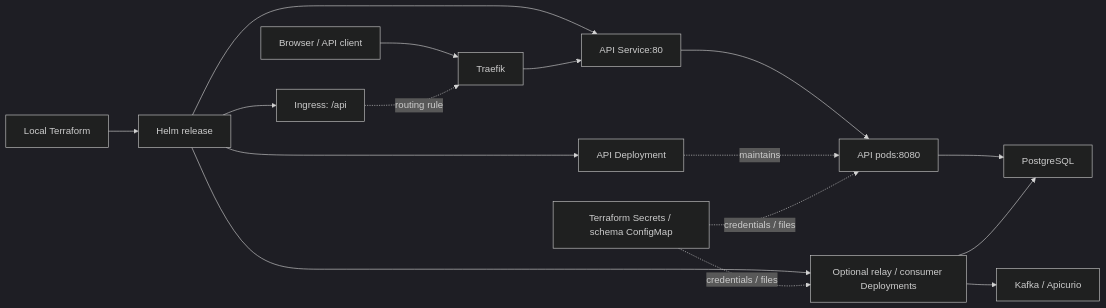
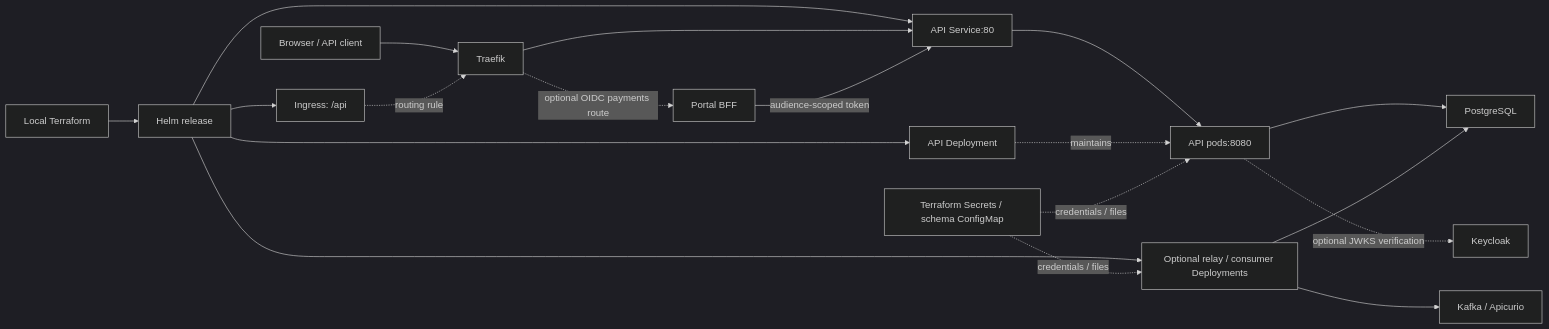
Before and after one commit to varunpathania86/realtime-payment-platform: the second of 2 diagrams in modules/payment-api/chart/README.md, drawn with Mermaid (dark theme). The commit also changed other lines of this file and 198 other files, not shown here.

````diff
--- a/modules/payment-api/chart/README.md
+++ b/modules/payment-api/chart/README.md
@@ -47,17 +47,20 @@
 ```mermaid
 flowchart LR
     TF["Local Terraform"] --> H["Helm release"]
     H --> D["API Deployment"]
     H --> S["API Service:80"]
     H --> I["Ingress: /api"]
     H --> W["Optional relay / consumer Deployments"]
     B["Browser / API client"] --> T["Traefik"]
     I -. "routing rule" .-> T
     T --> S --> P["API pods:8080"]
     D -. "maintains" .-> P
     P --> DB["PostgreSQL"]
+    P -. "optional JWKS verification" .-> KC["Keycloak"]
+    T -. "optional OIDC payments route" .-> BFF["Portal BFF"]
+    BFF -->|"audience-scoped token"| S
     W --> DB
     W --> K["Kafka / Apicurio"]
     X["Terraform Secrets / schema ConfigMap"] -. "credentials / files" .-> P
     X -. "credentials / files" .-> W
 ```
````
